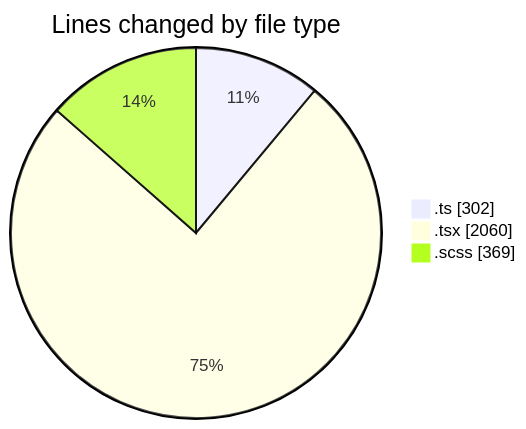
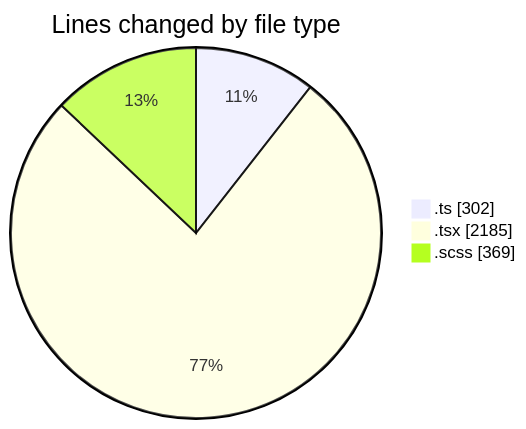
Before and after one commit to momahboobian/code-tracking: the first of 2 diagrams in 2025-05-01/cda/README.md, drawn with Mermaid. The commit also changed other lines of this file and 1 other file, not shown here.

````diff
--- a/2025-05-01/cda/README.md
+++ b/2025-05-01/cda/README.md
@@ -36,7 +36,7 @@
 ```mermaid
 pie showData
 title Lines changed by file type
 ".ts" : 302
-".tsx" : 2060
+".tsx" : 2185
 ".scss" : 369
 ```
````
